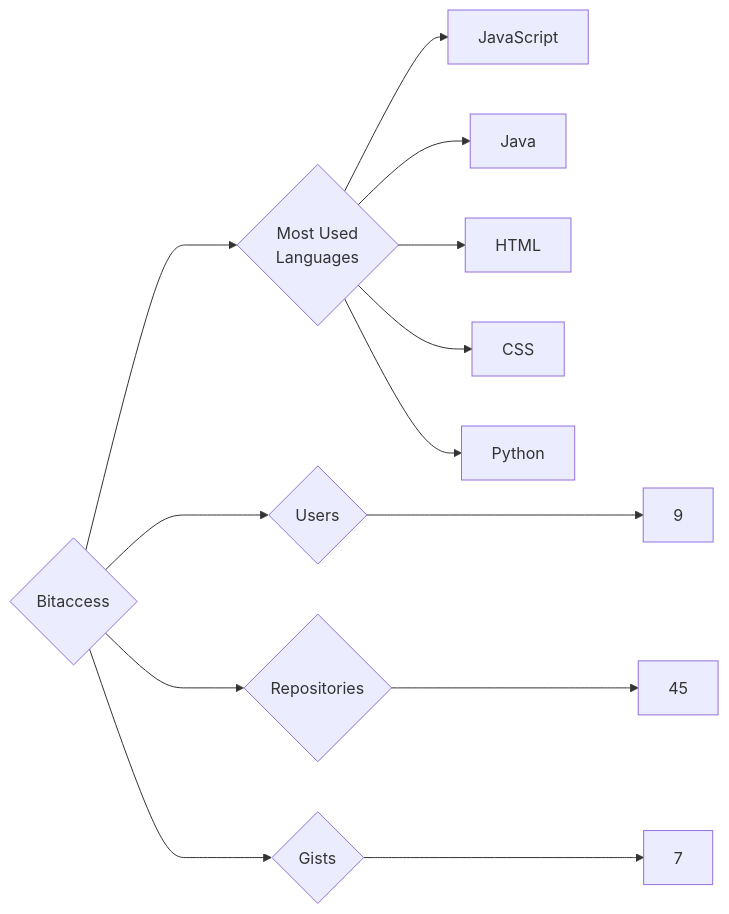
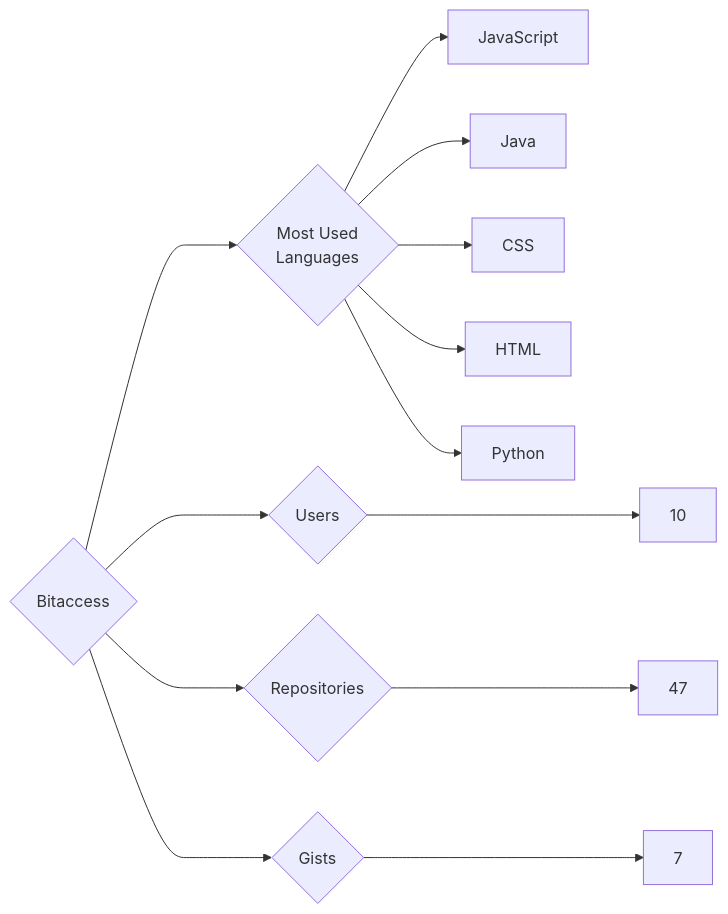
The diagram in targets/Bitaccess/README.md (trickest/insiders), drawn with Mermaid before and after one commit. The commit also changed 1020 other files, not shown here.

````diff
--- a/targets/Bitaccess/README.md
+++ b/targets/Bitaccess/README.md
@@ -3,13 +3,13 @@
 ```mermaid
 graph LR
 COMPANY_NAME{Bitaccess}
-COMPANY_NAME ---> U{Users} ---> UN[9]
-COMPANY_NAME ---> R{Repositories} ---> RN[45]
+COMPANY_NAME ---> U{Users} ---> UN[10]
+COMPANY_NAME ---> R{Repositories} ---> RN[47]
 COMPANY_NAME ---> G{Gists} ---> GN[7]
 COMPANY_NAME ---> ML{Most Used<br>Languages}
 ML --> JavaScript[JavaScript]
 ML --> Java[Java]
+ML --> CSS[CSS]
 ML --> HTML[HTML]
-ML --> CSS[CSS]
 ML --> Python[Python]
 ```
````
